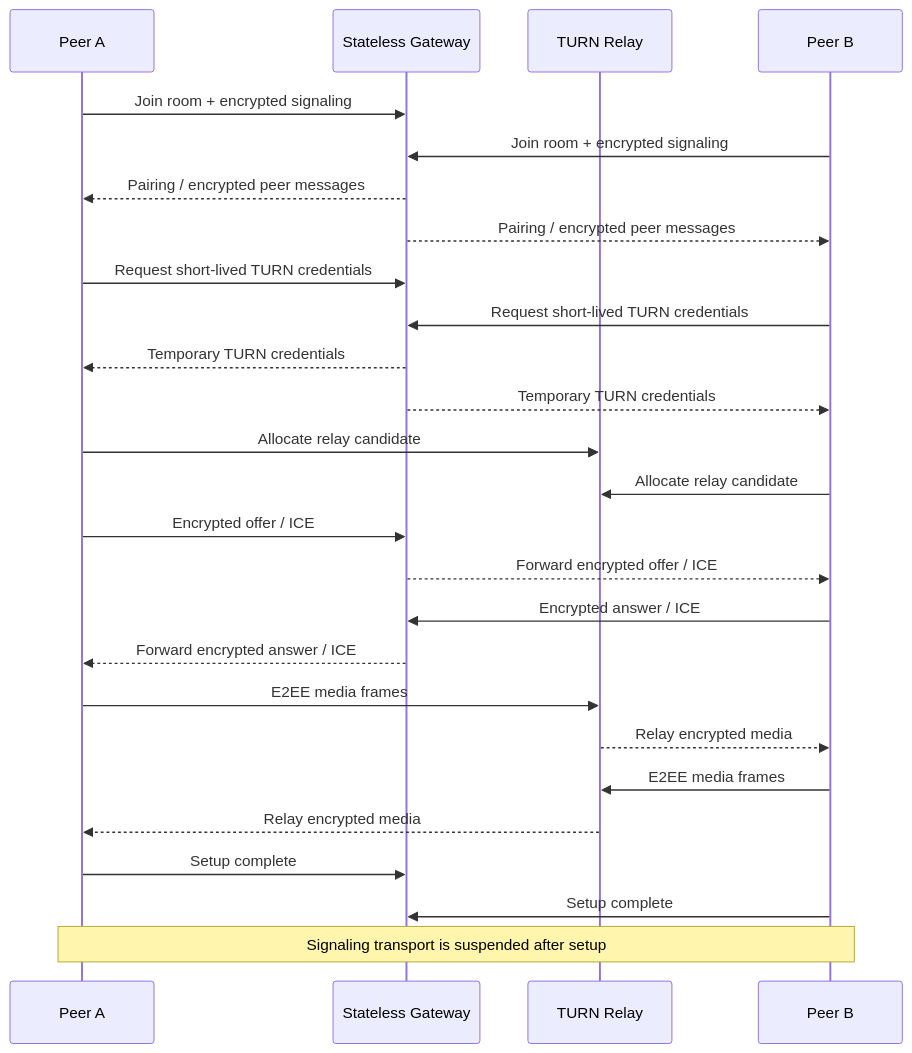
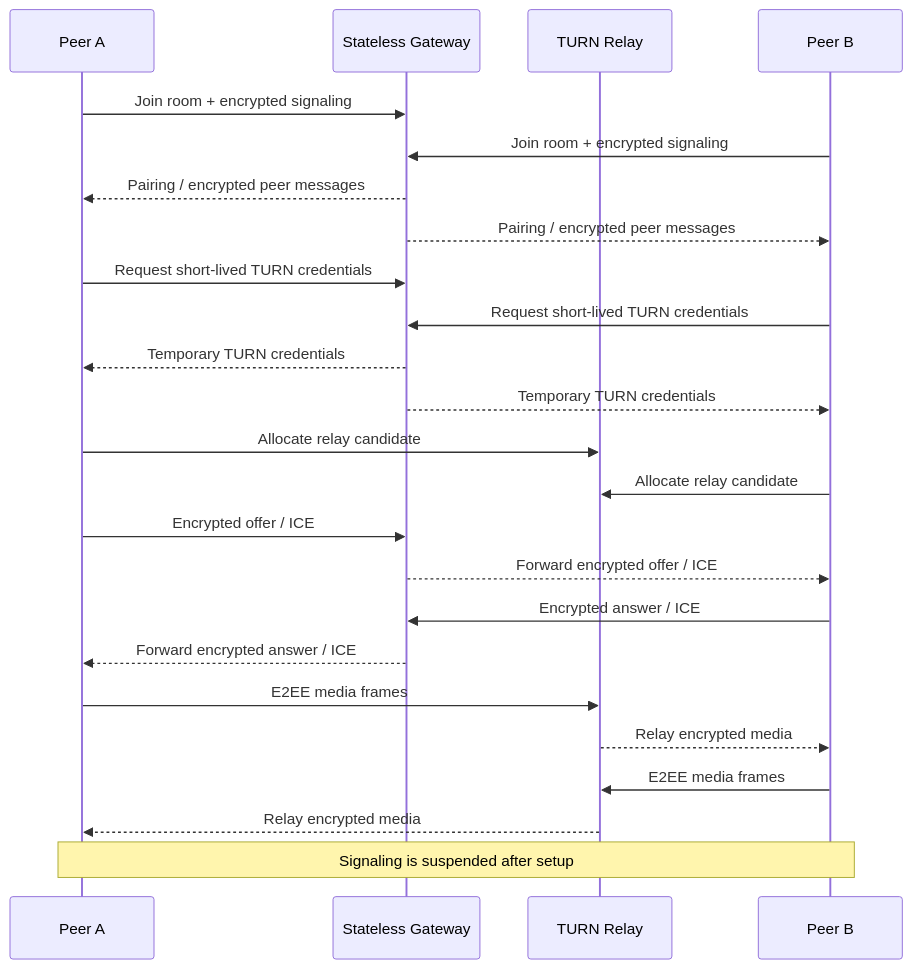
One commit to tahakubilay/LiveHide changed the diagram in README.md. Above: the diagram before and after it, drawn with Mermaid. The commit also changed other lines of this file, not shown here.

````diff
--- a/README.md
+++ b/README.md
@@ -69,34 +54,32 @@
 ```mermaid
 sequenceDiagram
     participant A as Peer A
     participant G as Stateless Gateway
     participant T as TURN Relay
     participant B as Peer B
 
     A->>G: Join room + encrypted signaling
     B->>G: Join room + encrypted signaling
     G-->>A: Pairing / encrypted peer messages
     G-->>B: Pairing / encrypted peer messages
 
     A->>G: Request short-lived TURN credentials
     B->>G: Request short-lived TURN credentials
     G-->>A: Temporary TURN credentials
     G-->>B: Temporary TURN credentials
 
     A->>T: Allocate relay candidate
     B->>T: Allocate relay candidate
 
     A->>G: Encrypted offer / ICE
     G-->>B: Forward encrypted offer / ICE
     B->>G: Encrypted answer / ICE
     G-->>A: Forward encrypted answer / ICE
 
     A->>T: E2EE media frames
     T-->>B: Relay encrypted media
     B->>T: E2EE media frames
     T-->>A: Relay encrypted media
 
-    A->>G: Setup complete
-    B->>G: Setup complete
-    Note over A,B: Signaling transport is suspended after setup
+    Note over A,B: Signaling is suspended after setup
 ```
````
